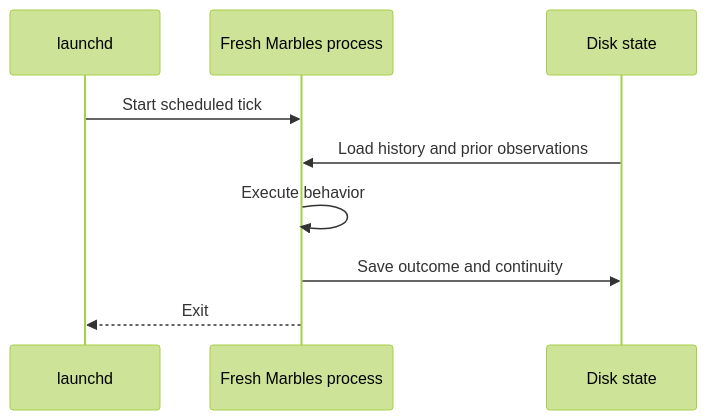
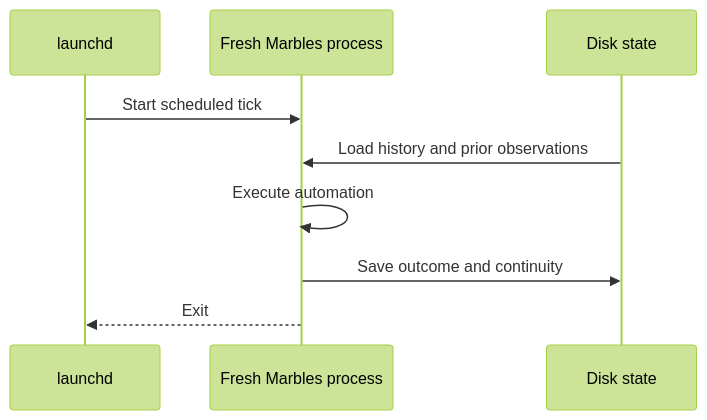
The second of 2 diagrams in docs/marbles/concepts/execution-and-state.mdx (Francois-Esquire/foundry), drawn with Mermaid (forest theme) before and after one commit. The commit also changed other lines of this file and 61 other files, not shown here.

````diff
--- a/docs/marbles/concepts/execution-and-state.mdx
+++ b/docs/marbles/concepts/execution-and-state.mdx
@@ -32,11 +32,11 @@
 ```mermaid
 sequenceDiagram
     participant L as launchd
     participant Q as Fresh Marbles process
     participant D as Disk state
     L->>Q: Start scheduled tick
     D->>Q: Load history and prior observations
-    Q->>Q: Execute behavior
+    Q->>Q: Execute automation
     Q->>D: Save outcome and continuity
     Q-->>L: Exit
 ```
````
